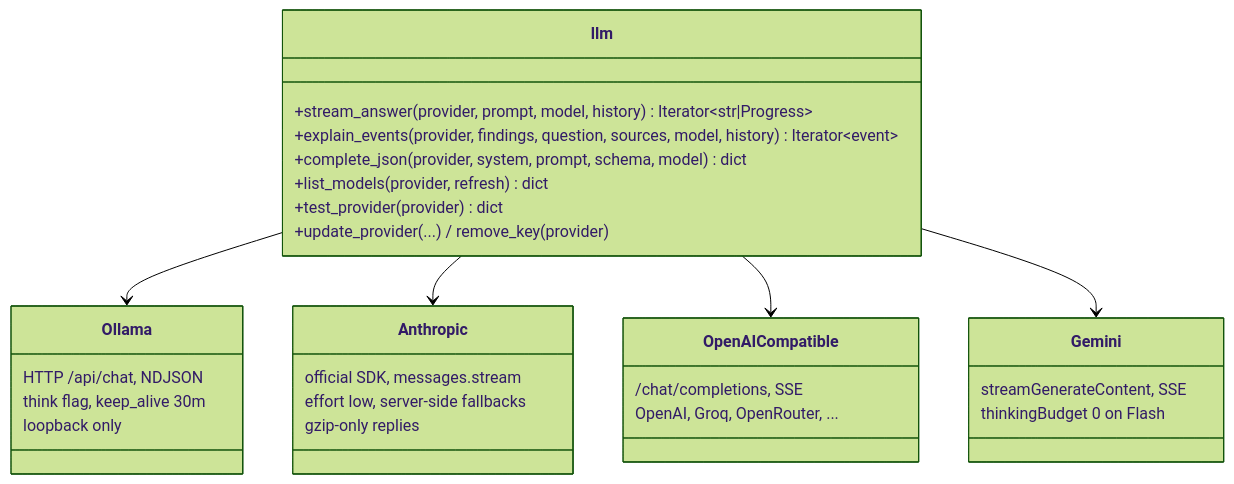
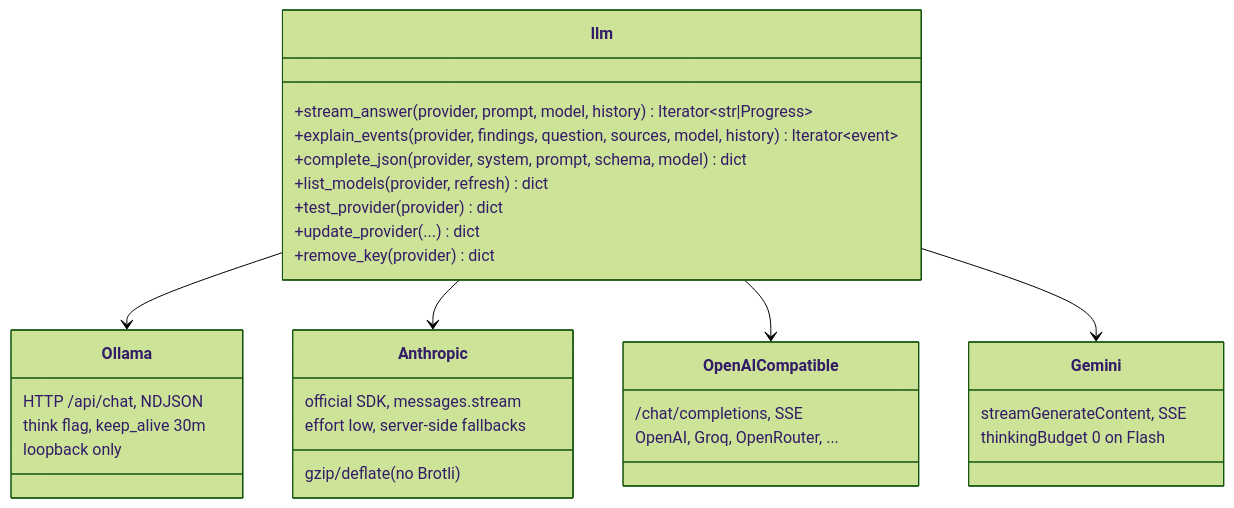
Before and after one commit to Animesh2507/dds-autodiag: the first of 2 diagrams in docs/architecture/components/ai-layer.md, drawn with Mermaid (forest theme). The commit also changed other lines of this file and 35 other files, not shown here.

````diff
--- a/docs/architecture/components/ai-layer.md
+++ b/docs/architecture/components/ai-layer.md
@@ -13,33 +13,34 @@
 ```mermaid
 classDiagram
     class llm {
         +stream_answer(provider, prompt, model, history) Iterator~str|Progress~
         +explain_events(provider, findings, question, sources, model, history) Iterator~event~
         +complete_json(provider, system, prompt, schema, model) dict
         +list_models(provider, refresh) dict
         +test_provider(provider) dict
-        +update_provider(...) / remove_key(provider)
+        +update_provider(...) dict
+        +remove_key(provider) dict
     }
     class Ollama {
         HTTP /api/chat, NDJSON
         think flag, keep_alive 30m
         loopback only
     }
     class Anthropic {
         official SDK, messages.stream
         effort low, server-side fallbacks
-        gzip-only replies
+        gzip/deflate (no Brotli)
     }
     class OpenAICompatible {
         /chat/completions, SSE
         OpenAI, Groq, OpenRouter, ...
     }
     class Gemini {
         streamGenerateContent, SSE
         thinkingBudget 0 on Flash
     }
     llm --> Ollama
     llm --> Anthropic
     llm --> OpenAICompatible
     llm --> Gemini
 ```
````
